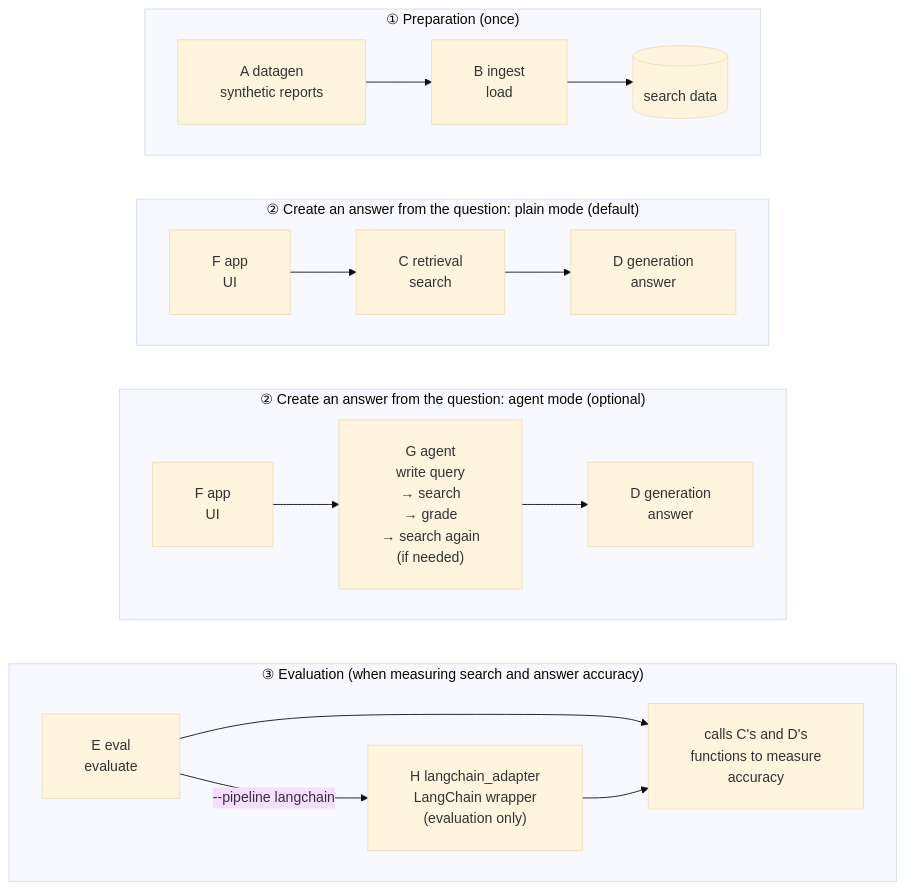
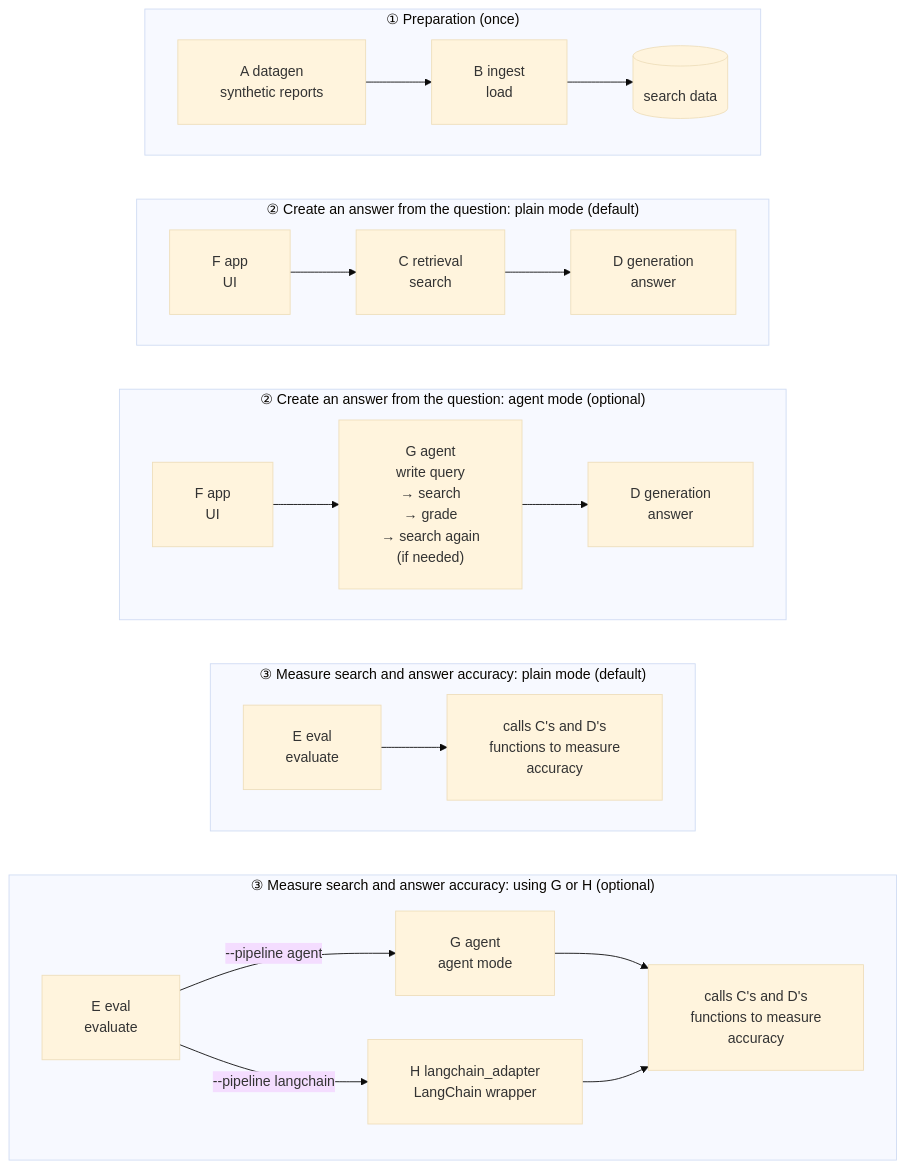
One commit to satoshi-abe-dev/silo-rag changed the first of 3 diagrams in README_en.md. Above: the diagram before and after it, drawn with Mermaid (base theme). The commit also changed other lines of this file and 1 other file, not shown here.

Commit message:
Split the evaluation box into plain and optional, like the answer box
Box 2 was split into plain mode (default) and agent mode (optional), but
box 3 mixed the optional node H into the plain flow and left out G, which
E also uses with --pipeline agent. Box 3 is now split the same way: plain
mode (default), and the optional route through G or H.

````diff
--- a/README_en.md
+++ b/README_en.md
@@ -136,24 +136,29 @@
 ```mermaid
 %%{init: {"flowchart": {"padding": 24, "wrappingWidth": 400}}}%%
 graph TB
     subgraph prep["① Preparation (once)"]
         direction LR
         A["A datagen<br/>synthetic reports"] --> B["B ingest<br/>load"] --> DB[("search data")]
     end
     subgraph plain["② Create an answer from the question: plain mode (default)"]
         direction LR
         F1["F app<br/>UI"] --> C1["C retrieval<br/>search"] --> D1["D generation<br/>answer"]
     end
     subgraph agent["② Create an answer from the question: agent mode (optional)"]
         direction LR
         F2["F app<br/>UI"] --> G["G agent<br/>write query<br/>→ search<br/>→ grade<br/>→ search again<br/>(if needed)"] --> D2["D generation<br/>answer"]
     end
-    subgraph ev["③ Evaluation (when measuring search and answer accuracy)"]
+    subgraph ev["③ Measure search and answer accuracy: plain mode (default)"]
         direction LR
-        E["E eval<br/>evaluate"] --> CD["calls C's and D's<br/>functions to measure<br/>accuracy"]
-        E -->|"--pipeline langchain"| H["H langchain_adapter<br/>LangChain wrapper<br/>(evaluation only)"] --> CD
+        E1["E eval<br/>evaluate"] --> CD1["calls C's and D's<br/>functions to measure<br/>accuracy"]
+    end
+    subgraph ev2["③ Measure search and answer accuracy: using G or H (optional)"]
+        direction LR
+        E2["E eval<br/>evaluate"] -->|"--pipeline agent"| G2["G agent<br/>agent mode"] --> CD2["calls C's and D's<br/>functions to measure<br/>accuracy"]
+        E2 -->|"--pipeline langchain"| H["H langchain_adapter<br/>LangChain wrapper"] --> CD2
     end
     prep ~~~ plain
     plain ~~~ agent
     agent ~~~ ev
+    ev ~~~ ev2
 ```
````
